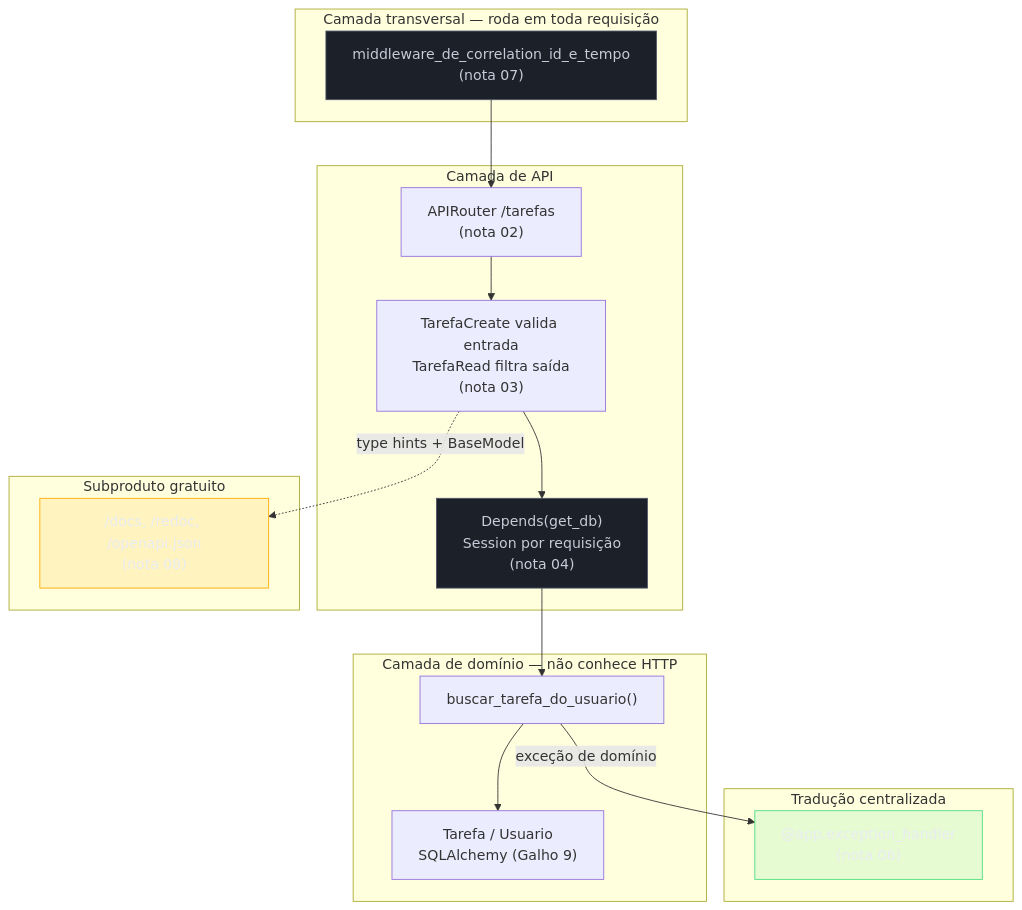
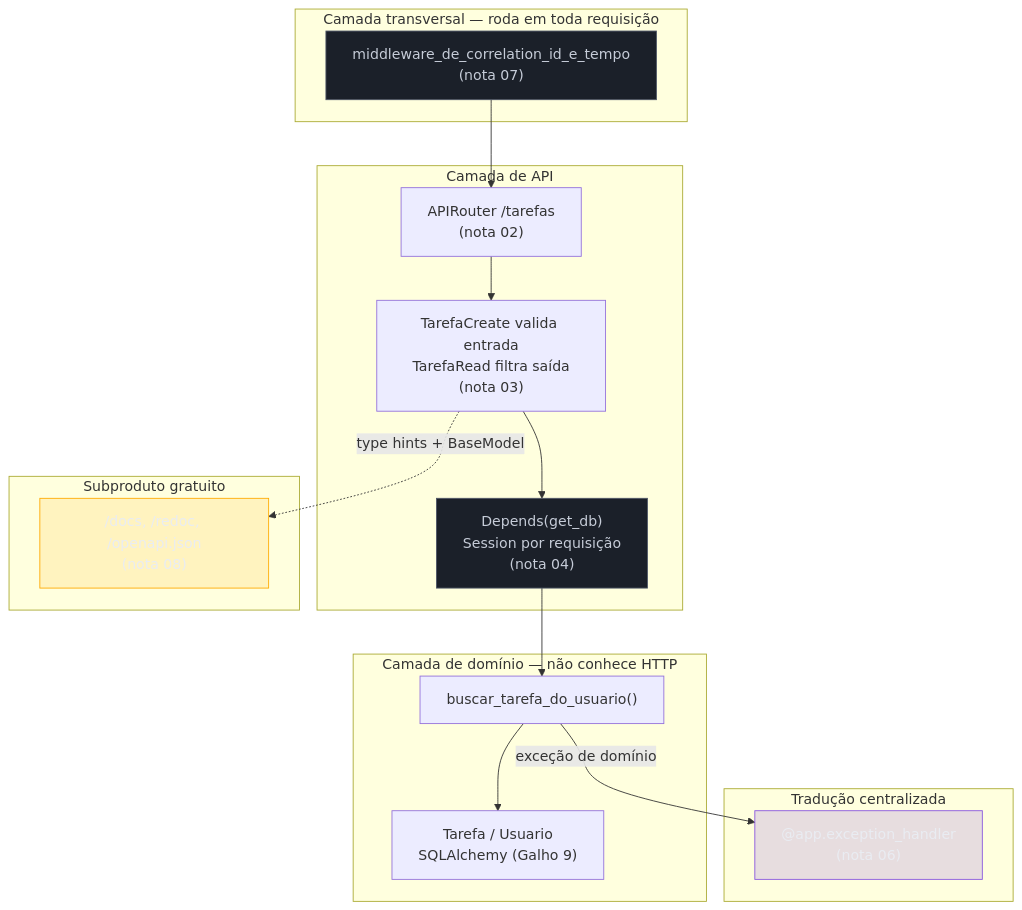
Before and after one commit to josenaldo/codex-technomanticus: the third of 3 diagrams in 03-Dominios/Tecnologia/Python/Web e APIs REST/09 - Capstone — uma API REST completa de ponta a ponta.md, drawn with Mermaid. The commit also changed 601 other files, not shown here.

````diff
--- a/03-Dominios/Tecnologia/Python/Web e APIs REST/09 - Capstone — uma API REST completa de ponta a ponta.md
+++ b/03-Dominios/Tecnologia/Python/Web e APIs REST/09 - Capstone — uma API REST completa de ponta a ponta.md
@@ -527,37 +527,37 @@
 ```mermaid
 flowchart TB
+    classDef marca fill:#8855DF33,stroke:#8855DF,color:#E9ECF2
     classDef neutro fill:#1B2029,stroke:#4E5666,color:#C6CCD8
-    classDef ok fill:#4ADE8021,stroke:#4ADE80,color:#E9ECF2
     classDef destaque fill:#FFAA0024,stroke:#FFAA00,color:#E9ECF2
     subgraph Entrada["Camada transversal — roda em toda requisição"]
         MW["middleware_de_correlation_id_e_tempo\n(nota 07)"]
     end
 
     subgraph Rota["Camada de API"]
         ROUTER["APIRouter /tarefas\n(nota 02)"]
         VALID["TarefaCreate valida entrada\nTarefaRead filtra saída\n(nota 03)"]
         DEP["Depends(get_db)\nSession por requisição\n(nota 04)"]
     end
 
     subgraph Dominio["Camada de domínio — não conhece HTTP"]
         SERVICO["buscar_tarefa_do_usuario()"]
         ORM["Tarefa / Usuario\nSQLAlchemy (Galho 9)"]
     end
 
     subgraph Erro["Tradução centralizada"]
         EH["@app.exception_handler\n(nota 06)"]
     end
 
     subgraph Doc["Subproduto gratuito"]
         OPENAPI["/docs, /redoc, /openapi.json\n(nota 08)"]
     end
 
     MW --> ROUTER --> VALID --> DEP --> SERVICO --> ORM
     SERVICO -->|"exceção de domínio"| EH
     VALID -.->|"type hints + BaseModel"| OPENAPI
 
     class MW neutro
     class DEP neutro
-    class EH ok
+    class EH marca
     class OPENAPI destaque
 ```
````
